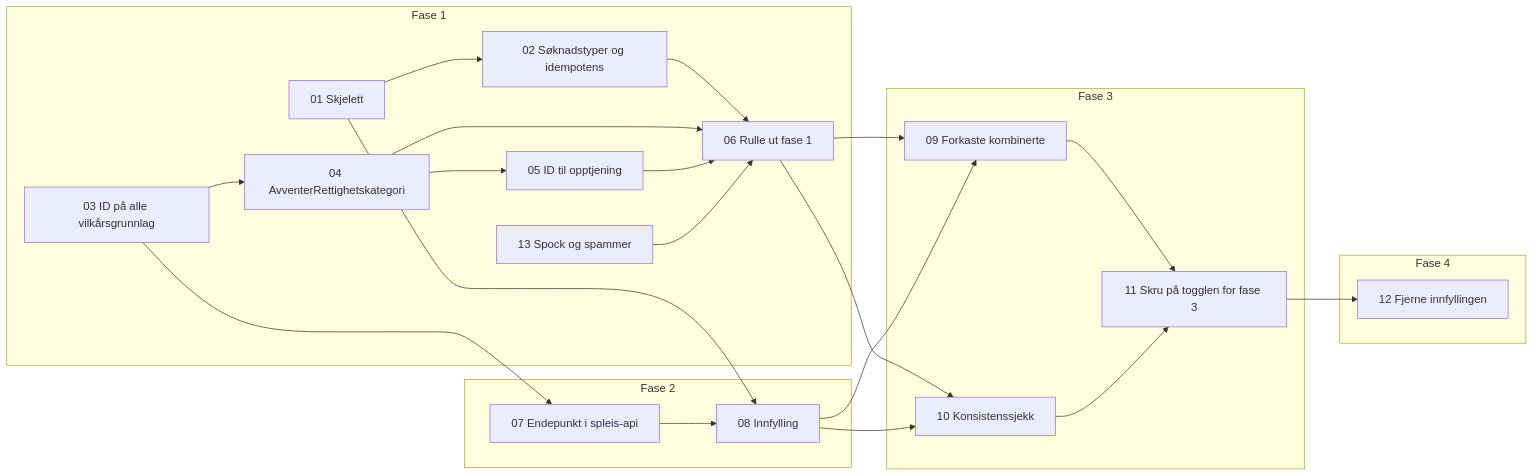
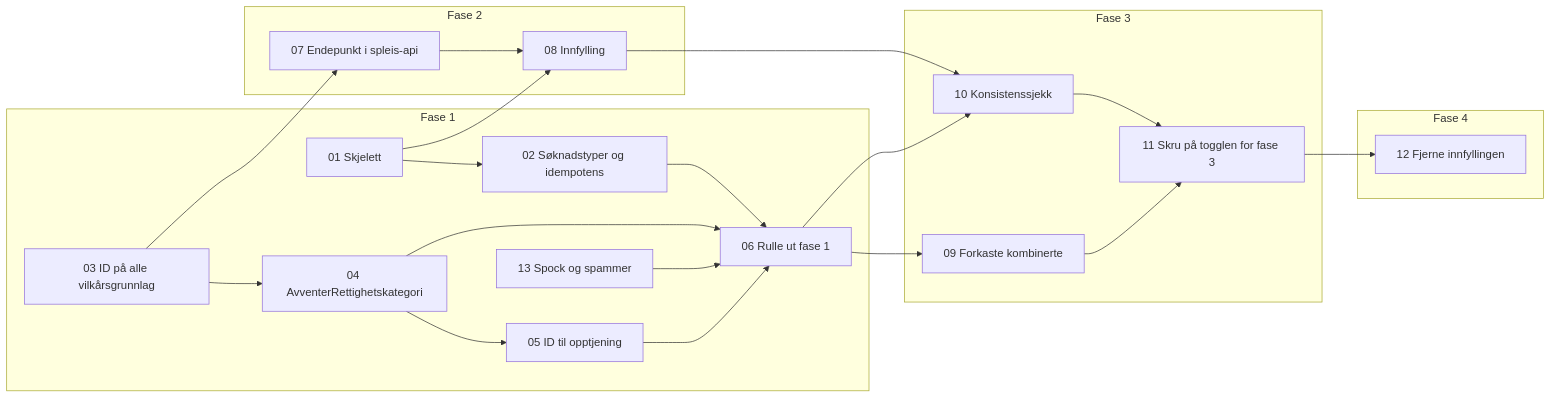
Before and after one commit to navikt/helse-sas-meta: the diagram in docs/tickets/avklare-rettighetskategori/index.md, drawn with Mermaid. The commit also changed other lines of this file and 8 other files, not shown here.

````diff
--- a/docs/tickets/avklare-rettighetskategori/index.md
+++ b/docs/tickets/avklare-rettighetskategori/index.md
@@ -21,29 +21,28 @@
 ```mermaid
 flowchart LR
     subgraph F1[Fase 1]
         T01[01 Skjelett] --> T02[02 Søknadstyper og idempotens]
         T03[03 ID på alle vilkårsgrunnlag] --> T04[04 AvventerRettighetskategori]
         T04 --> T05[05 ID til opptjening]
         T02 --> T06[06 Rulle ut fase 1]
         T04 --> T06
         T05 --> T06
         T13[13 Spock og spammer] --> T06
     end
     subgraph F2[Fase 2]
         T07[07 Endepunkt i spleis-api] --> T08[08 Innfylling]
     end
     subgraph F3[Fase 3]
         T09[09 Forkaste kombinerte] --> T11[11 Skru på togglen for fase 3]
         T10[10 Konsistenssjekk] --> T11
     end
     subgraph F4[Fase 4]
         T12[12 Fjerne innfyllingen]
     end
     T03 --> T07
     T01 --> T08
     T06 --> T09
     T06 --> T10
-    T08 --> T09
     T08 --> T10
     T11 --> T12
 ```
````
